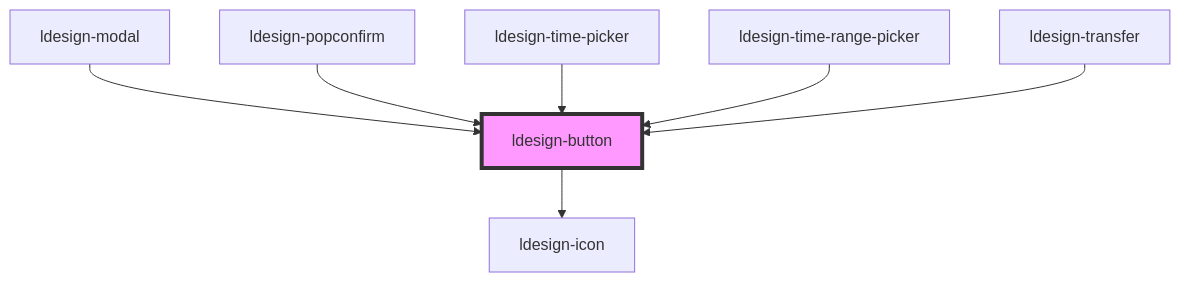
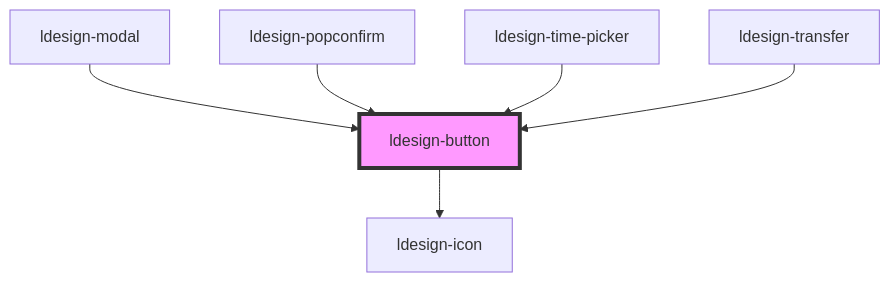
The diagram in packages/webcomponent/src/components/button/readme.md (poly1603/ldesign), drawn with Mermaid before and after one commit. The commit also changed other lines of this file and 44 other files, not shown here.

````diff
--- a/packages/webcomponent/src/components/button/readme.md
+++ b/packages/webcomponent/src/components/button/readme.md
@@ -119,10 +120,9 @@
 ```mermaid
 graph TD;
   ldesign-button --> ldesign-icon
   ldesign-modal --> ldesign-button
   ldesign-popconfirm --> ldesign-button
   ldesign-time-picker --> ldesign-button
-  ldesign-time-range-picker --> ldesign-button
   ldesign-transfer --> ldesign-button
   style ldesign-button fill:#f9f,stroke:#333,stroke-width:4px
 ```
````
